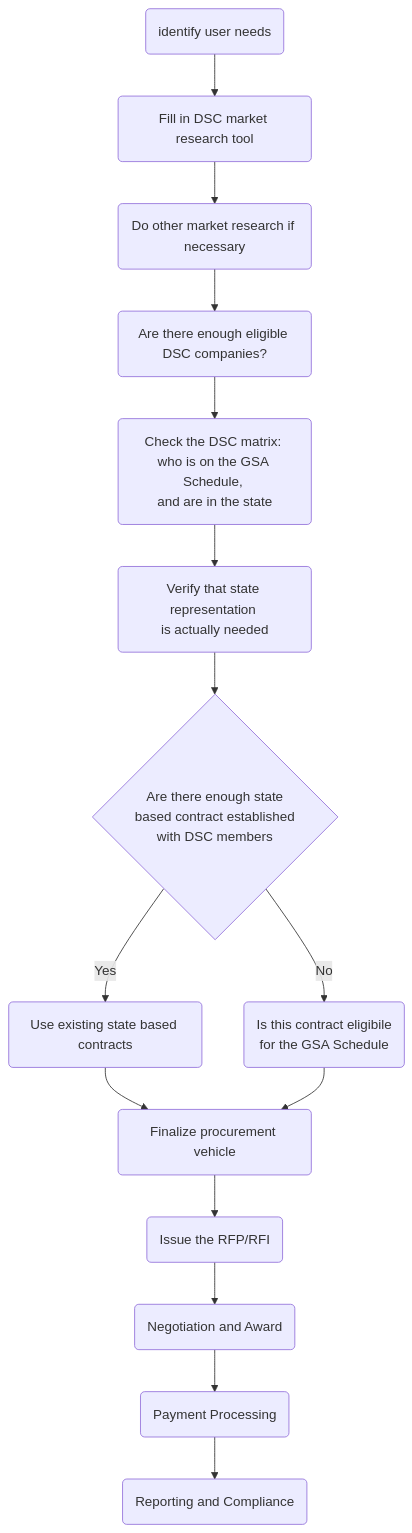
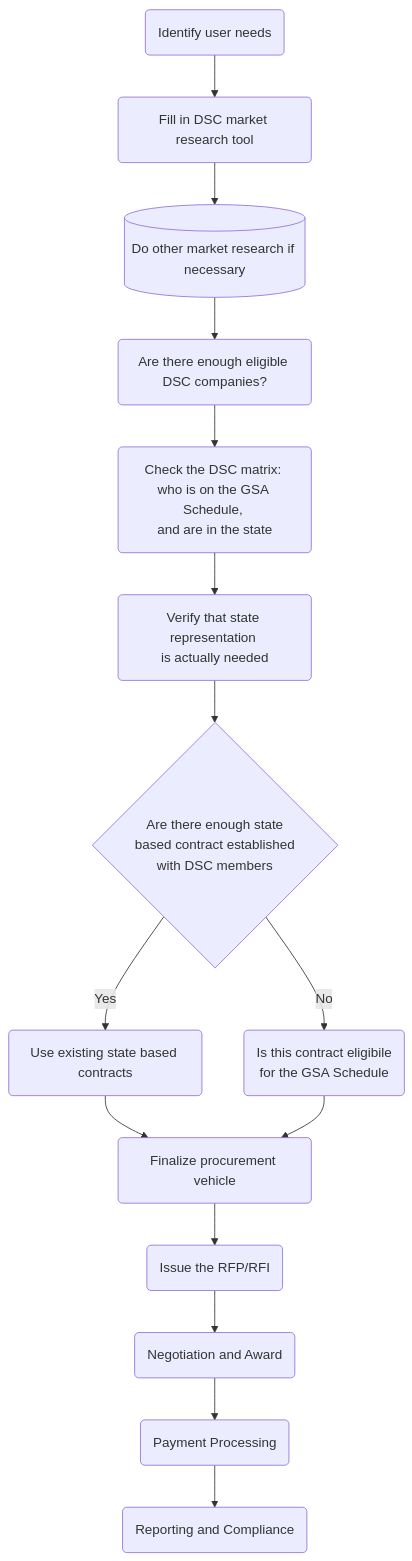
One commit to mgifford/mermaid-graphs changed the diagram in dsc-decision-tree.md. Above: the diagram before and after it, drawn with Mermaid.

````diff
--- a/dsc-decision-tree.md
+++ b/dsc-decision-tree.md
@@ -3,17 +3,17 @@
 ```mermaid
 graph TD
-    UserNeeds(identify user needs)-->DSC_MR(Fill in DSC market research tool);
-    DSC_MR-->More_MR(Do other market research if necessary);
+    UserNeeds(Identify user needs)-->DSC_MR(Fill in DSC market research tool);
+    DSC_MR-->More_MR[(Do other market research if necessary)];
     More_MR-->CompanyPool(Are there enough eligible DSC companies?);
     CompanyPool-->DSC_Matrix(Check the DSC matrix: <br>who is on the GSA Schedule, <br>and are in the state);
     DSC_Matrix-->StateRepresentation(Verify that state representation <br>is actually needed);
     StateRepresentation-->DSC_InState{Are there enough state <br>based contract established <br>with DSC members};
     DSC_InState--> |Yes| UseStateContract(Use existing state based contracts);
     DSC_InState--> |No| Eligible4GSA_Schedule(Is this contract eligibile <br>for the GSA Schedule);
     UseStateContract-->ProcurementVehicle(Finalize procurement vehicle);
     Eligible4GSA_Schedule-->ProcurementVehicle;
     ProcurementVehicle-->IssueRFP(Issue the RFP/RFI);
     IssueRFP-->Negotiation(Negotiation and Award);
     Negotiation-->Payment(Payment Processing);
     Payment-->Reporting(Reporting and Compliance);
 ```
````
